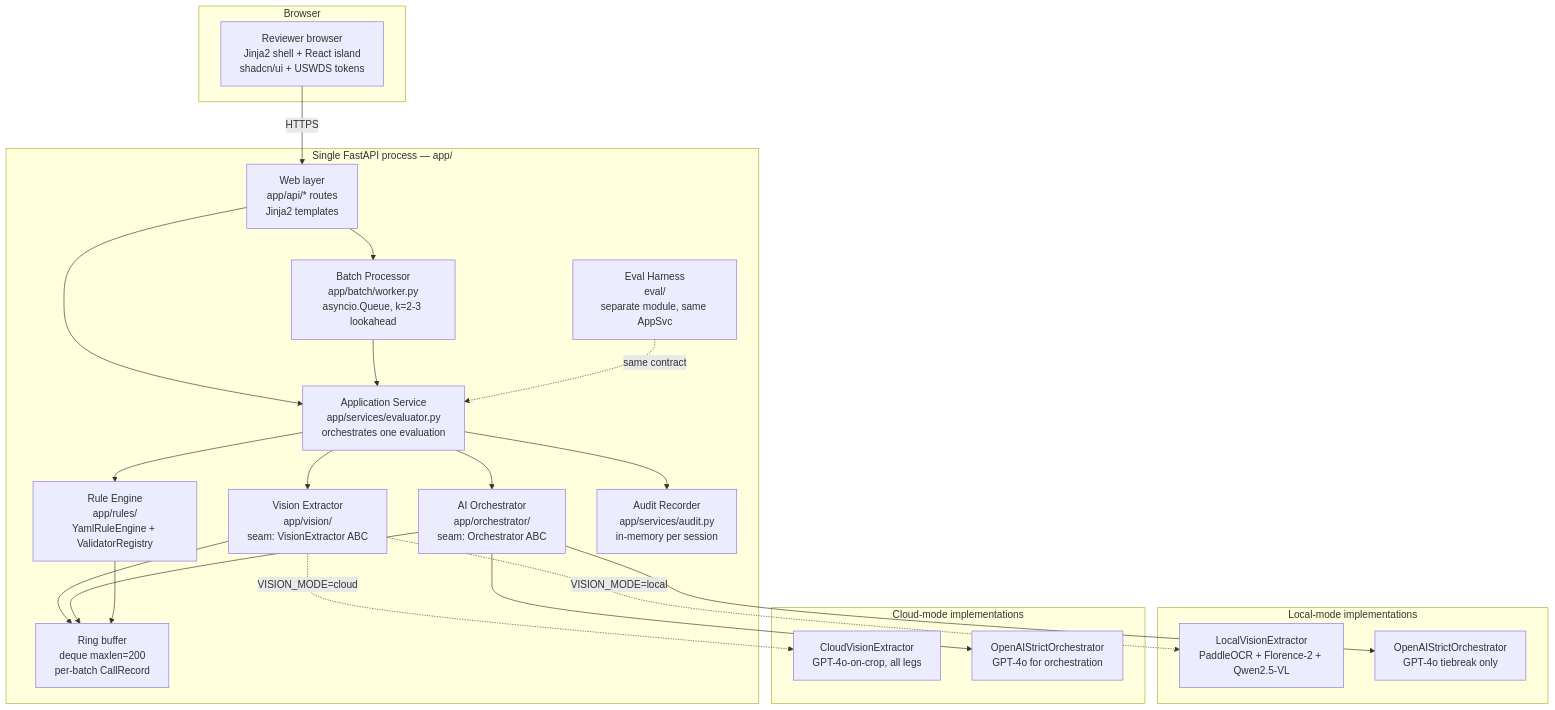
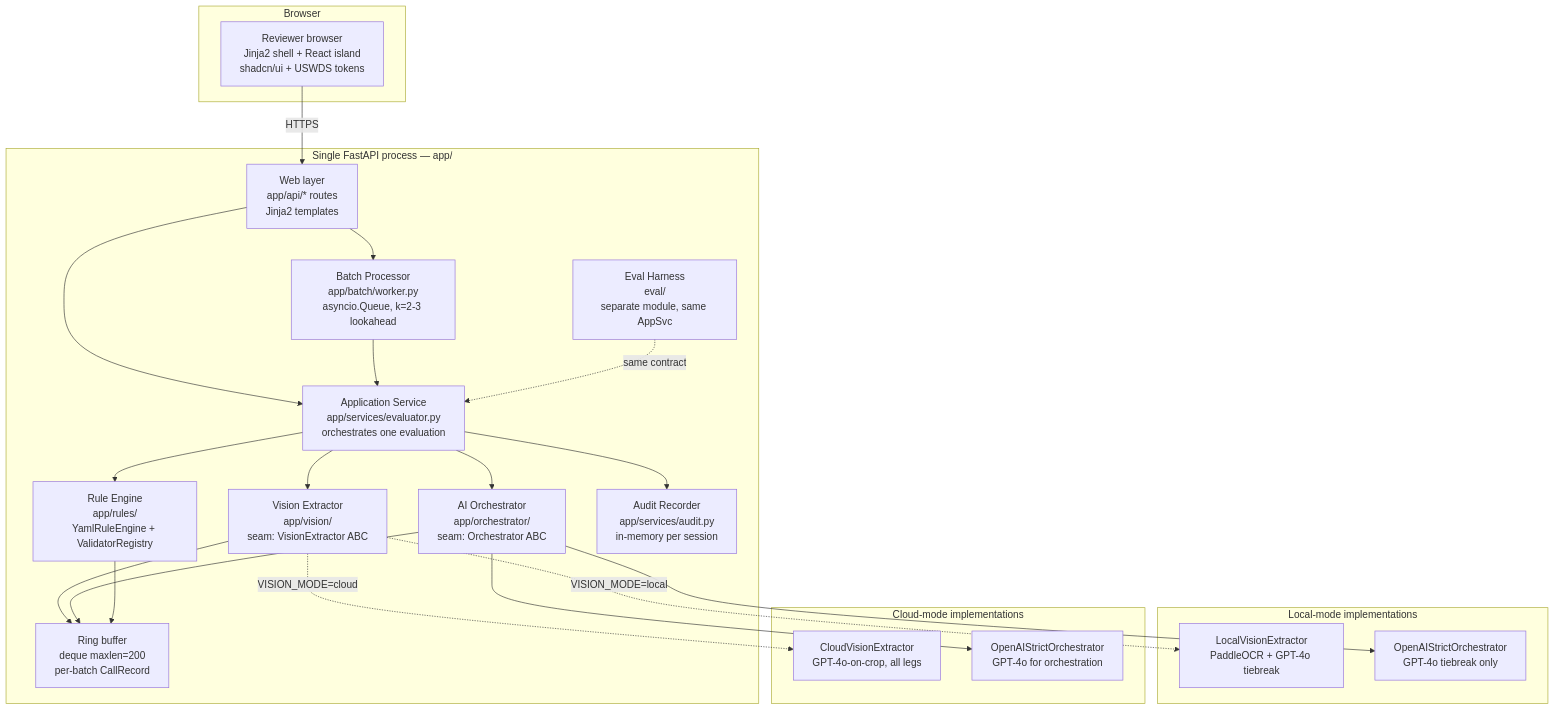
One commit to AaronCarney/ttb-label-verification changed the second of 4 diagrams in docs/ARCHITECTURE.md. Above: the diagram before and after it, drawn with Mermaid. The commit also changed other lines of this file, not shown here.

First line of the commit message:
docs(arch): D-021 cascade clean-up — diagrams + glossary + X-5 row

````diff
--- a/docs/ARCHITECTURE.md
+++ b/docs/ARCHITECTURE.md
@@ -150,45 +150,45 @@
 ```mermaid
 flowchart TB
     subgraph Browser
         UI_R[Reviewer browser<br/>Jinja2 shell + React island<br/>shadcn/ui + USWDS tokens]
     end
 
     subgraph WebProcess[Single FastAPI process — app/]
         Web[Web layer<br/>app/api/* routes<br/>Jinja2 templates]
         AppSvc[Application Service<br/>app/services/evaluator.py<br/>orchestrates one evaluation]
         BatchProc[Batch Processor<br/>app/batch/worker.py<br/>asyncio.Queue, k=2-3 lookahead]
         VE[Vision Extractor<br/>app/vision/<br/>seam: VisionExtractor ABC]
         RE[Rule Engine<br/>app/rules/<br/>YamlRuleEngine + ValidatorRegistry]
         Orch[AI Orchestrator<br/>app/orchestrator/<br/>seam: Orchestrator ABC]
         Audit[Audit Recorder<br/>app/services/audit.py<br/>in-memory per session]
         Eval[Eval Harness<br/>eval/<br/>separate module, same AppSvc]
         Ring[Ring buffer<br/>deque maxlen=200<br/>per-batch CallRecord]
     end
 
     subgraph LocalImpl[Local-mode implementations]
-        VL[LocalVisionExtractor<br/>PaddleOCR + Florence-2 + Qwen2.5-VL]
+        VL[LocalVisionExtractor<br/>PaddleOCR + GPT-4o tiebreak]
         OL[OpenAIStrictOrchestrator<br/>GPT-4o tiebreak only]
     end
 
     subgraph CloudImpl[Cloud-mode implementations]
         VC[CloudVisionExtractor<br/>GPT-4o-on-crop, all legs]
         OC[OpenAIStrictOrchestrator<br/>GPT-4o for orchestration]
     end
 
     UI_R -- HTTPS --> Web
     Web --> AppSvc
     Web --> BatchProc
     BatchProc --> AppSvc
     AppSvc --> VE
     AppSvc --> RE
     AppSvc --> Orch
     AppSvc --> Audit
     VE -.->|VISION_MODE=local| VL
     VE -.->|VISION_MODE=cloud| VC
     Orch --> OL
     Orch --> OC
     VE --> Ring
     Orch --> Ring
     RE --> Ring
     Eval -.->|same contract| AppSvc
 ```
````
